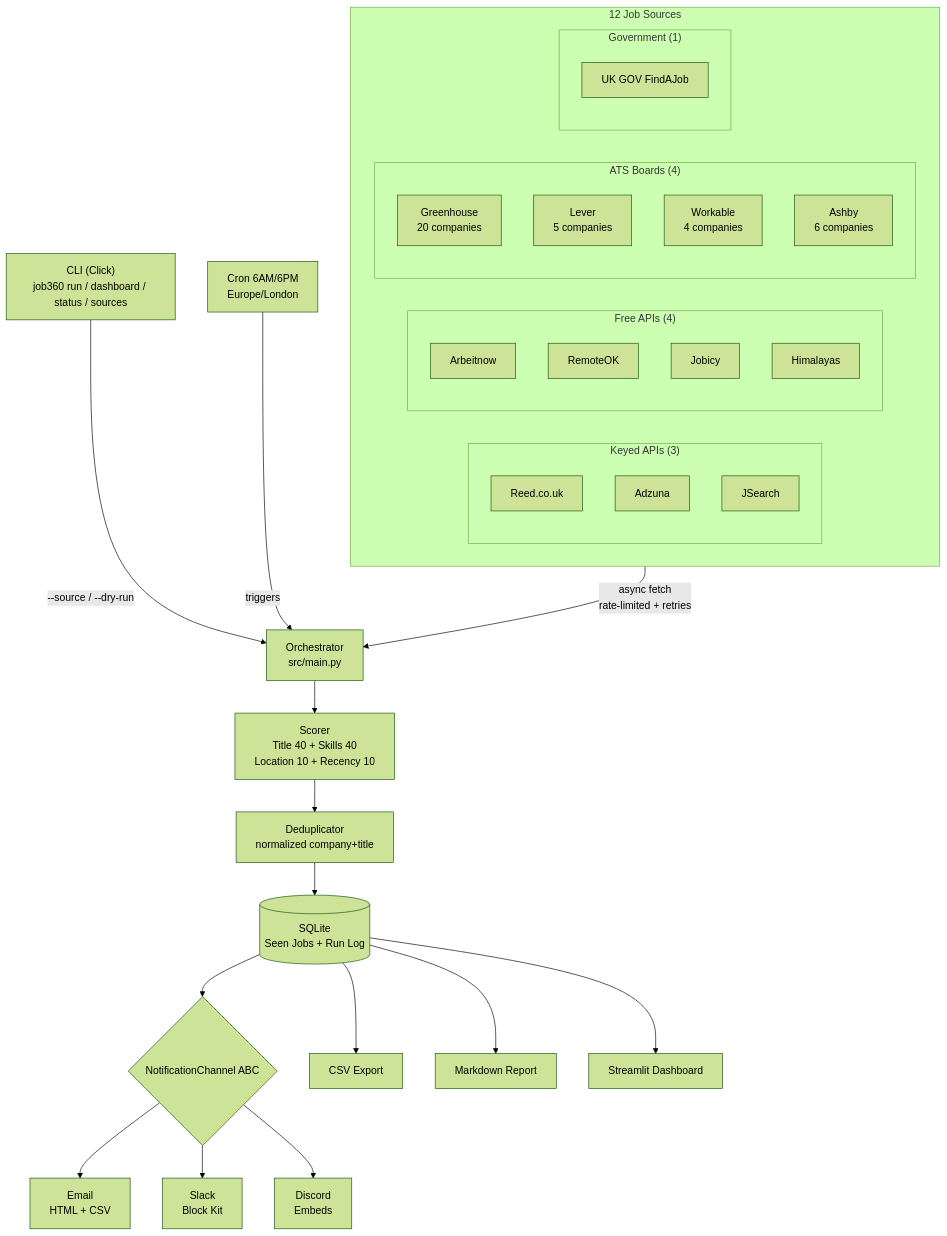
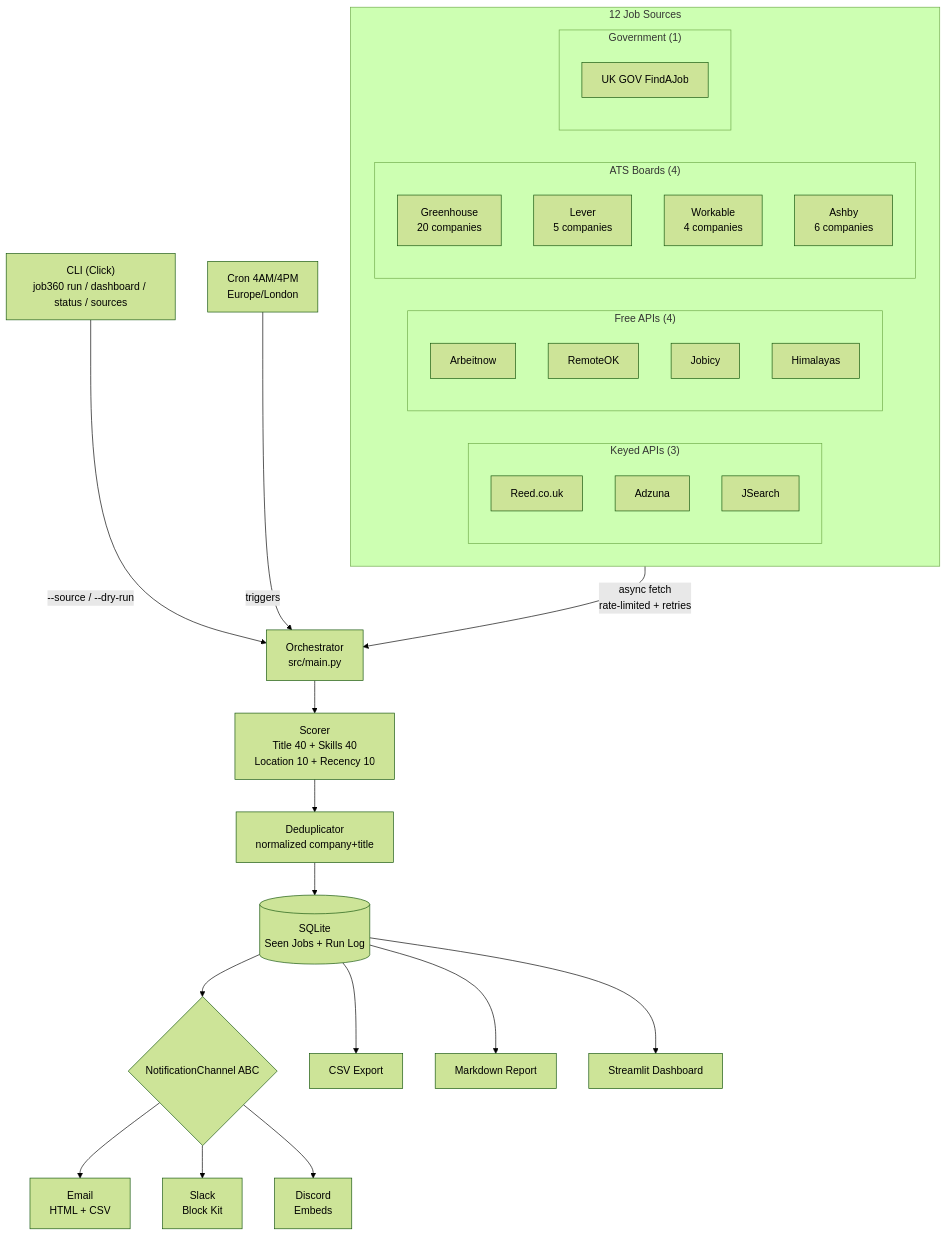
The diagram in README.md (Ranjith36963/job360), drawn with Mermaid (forest theme) before and after one commit. The commit also changed other lines of this file and 2 other files, not shown here.

Commit message:
Update cron schedule from 6AM/6PM to 4AM/4PM UK time

````diff
--- a/README.md
+++ b/README.md
@@ -7,45 +7,45 @@
 ```mermaid
 flowchart TD
     CLI["CLI (Click)\njob360 run / dashboard / status / sources"]
-    Cron["Cron 6AM/6PM\nEurope/London"]
+    Cron["Cron 4AM/4PM\nEurope/London"]
 
     subgraph Sources["12 Job Sources"]
         direction LR
         subgraph Keyed["Keyed APIs (3)"]
             A1[Reed.co.uk]
             A2[Adzuna]
             A3[JSearch]
         end
         subgraph Free["Free APIs (4)"]
             B1[Arbeitnow]
             B2[RemoteOK]
             B3[Jobicy]
             B4[Himalayas]
         end
         subgraph ATS["ATS Boards (4)"]
             C1[Greenhouse\n20 companies]
             C2[Lever\n5 companies]
             C3[Workable\n4 companies]
             C4[Ashby\n6 companies]
         end
         subgraph Gov["Government (1)"]
             D1[UK GOV FindAJob]
         end
     end
 
     CLI -->|"--source / --dry-run"| Orchestrator["Orchestrator\nsrc/main.py"]
     Cron -->|triggers| Orchestrator
     Sources -->|async fetch\nrate-limited + retries| Orchestrator
     Orchestrator --> Scorer["Scorer\nTitle 40 + Skills 40\nLocation 10 + Recency 10"]
     Scorer --> Dedup[Deduplicator\nnormalized company+title]
     Dedup --> DB[(SQLite\nSeen Jobs + Run Log)]
 
     DB --> Channels{NotificationChannel ABC}
     Channels --> Email[Email\nHTML + CSV]
     Channels --> Slack[Slack\nBlock Kit]
     Channels --> Discord[Discord\nEmbeds]
 
     DB --> CSV[CSV Export]
     DB --> Report[Markdown Report]
     DB --> Dashboard[Streamlit Dashboard]
 ```
````
